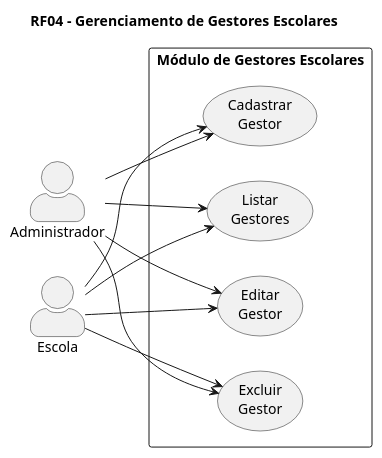
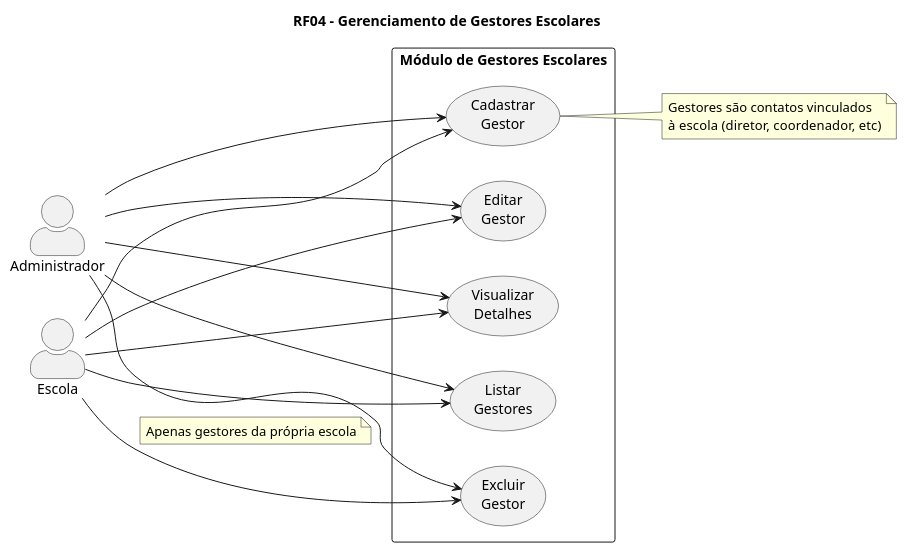
The diagram in diagrams/modulo-gestores.puml (murs77r/conecta-uniforme), drawn with PlantUML before and after one commit. The commit also changed 15 other files, not shown here.

```diff
--- a/diagrams/modulo-gestores.puml
+++ b/diagrams/modulo-gestores.puml
@@ -1,30 +1,44 @@
 @startuml
 ' RF04 - Gerenciamento de Gestores Escolares
 
 left to right direction
 
 skinparam actorStyle awesome
 
 title RF04 - Gerenciamento de Gestores Escolares
 
 actor Administrador
+
 actor Escola
 
 rectangle "Módulo de Gestores Escolares" {
     usecase "Cadastrar\nGestor" as UC04_1
     usecase "Listar\nGestores" as UC04_2
-    usecase "Editar\nGestor" as UC04_3
-    usecase "Excluir\nGestor" as UC04_4
+    usecase "Visualizar\nDetalhes" as UC04_3
+    usecase "Editar\nGestor" as UC04_4
+    usecase "Excluir\nGestor" as UC04_5
 }
 
+' Administrador - controle total
 Administrador --> UC04_1
 Administrador --> UC04_2
 Administrador --> UC04_3
 Administrador --> UC04_4
+Administrador --> UC04_5
 
+' Escola - gerencia gestores próprios
 Escola --> UC04_1
 Escola --> UC04_2
 Escola --> UC04_3
 Escola --> UC04_4
+Escola --> UC04_5
+note on link
+  Apenas gestores da própria escola
+end note
+
+note right of UC04_1
+  Gestores são contatos vinculados
+  à escola (diretor, coordenador, etc)
+end note
 
 @enduml
```
